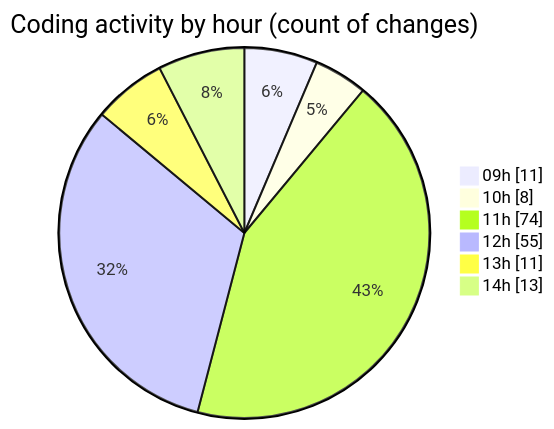
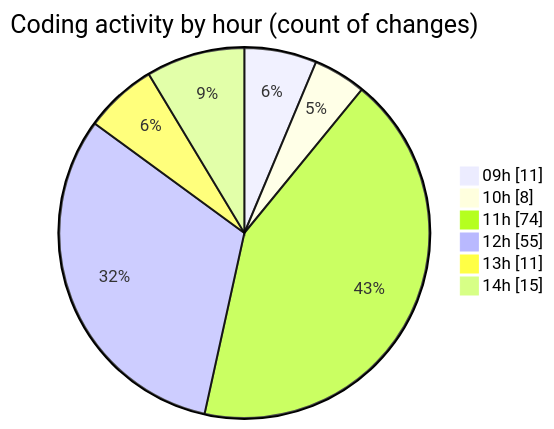
Before and after one commit to momahboobian/code-tracking: the second of 2 diagrams in 2025-10-30/cda/README.md, drawn with Mermaid. The commit also changed other lines of this file and 1 other file, not shown here.

````diff
--- a/2025-10-30/cda/README.md
+++ b/2025-10-30/cda/README.md
@@ -39,10 +39,10 @@
 ```mermaid
 pie showData
 title Coding activity by hour (count of changes)
 "09h" : 11
 "10h" : 8
 "11h" : 74
 "12h" : 55
 "13h" : 11
-"14h" : 13
+"14h" : 15
 ```
````
